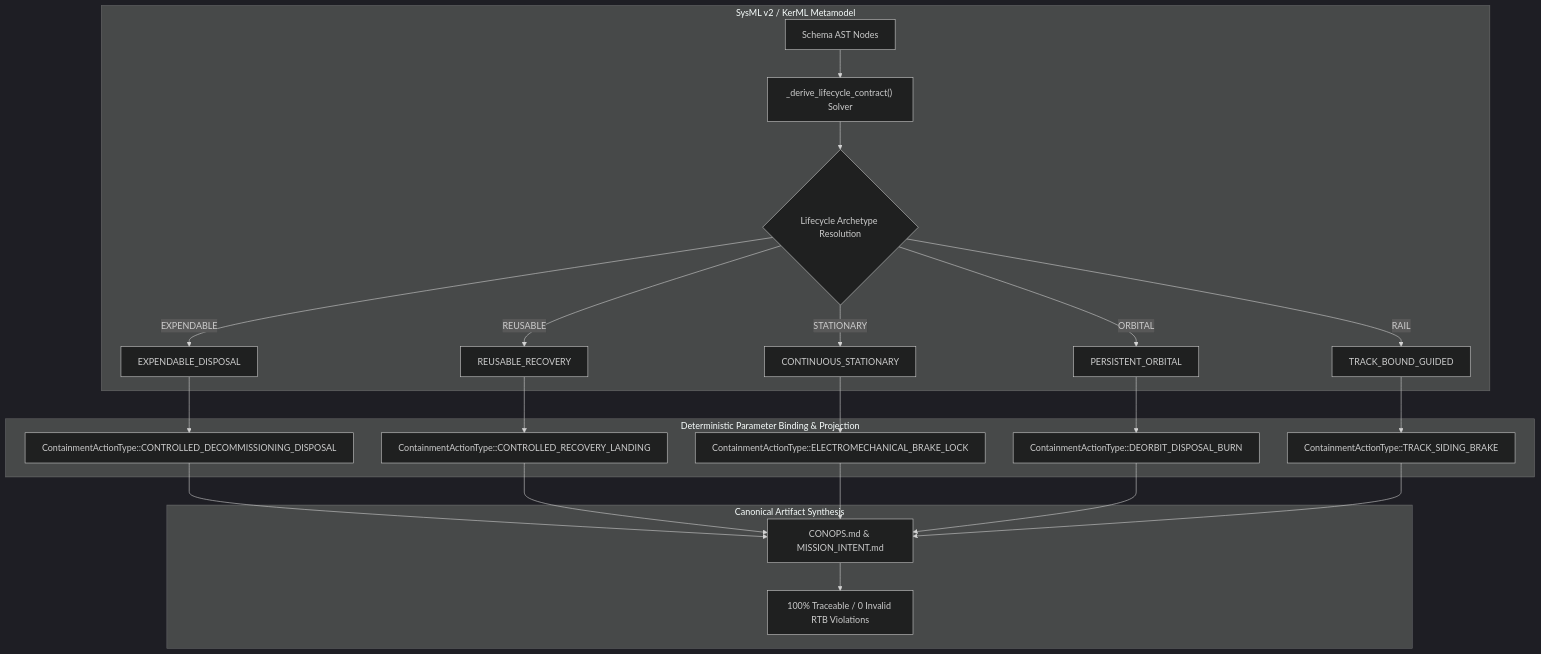
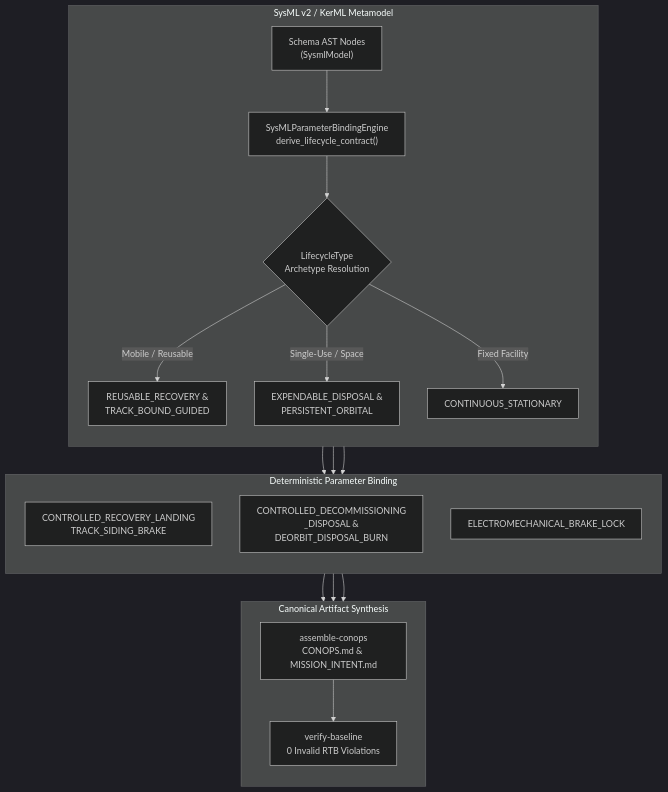
Before and after one commit to gintatkinson/DEAP01-spec-core: the diagram in docs/architecture/blueprints/DEAP_DOMAIN_AGNOSTIC_MISSION_LIFECYCLE_ARCHITECTURE.md, drawn with Mermaid (dark theme). The commit also changed other lines of this file and 28 other files, not shown here.

Commit message:
feat(verify-baseline,deap-core,compile-sysml): implement Option C blueprint capabilities and Check 37 blueprint grounding gate

````diff
--- a/docs/architecture/blueprints/DEAP_DOMAIN_AGNOSTIC_MISSION_LIFECYCLE_ARCHITECTURE.md
+++ b/docs/architecture/blueprints/DEAP_DOMAIN_AGNOSTIC_MISSION_LIFECYCLE_ARCHITECTURE.md
@@ -41,25 +41,24 @@
 ```mermaid
 flowchart TD
     subgraph "SysML v2 / KerML Metamodel"
-        A["Schema AST Nodes"] --> B["_derive_lifecycle_contract() Solver"]
-        B --> C{"Lifecycle Archetype Resolution"}
-        C -->|EXPENDABLE| D["EXPENDABLE_DISPOSAL"]
-        C -->|REUSABLE| E["REUSABLE_RECOVERY"]
-        C -->|STATIONARY| F["CONTINUOUS_STATIONARY"]
-        C -->|ORBITAL| G["PERSISTENT_ORBITAL"]
-        C -->|RAIL| H["TRACK_BOUND_GUIDED"]
+        direction TB
+        A["Schema AST Nodes<br/>(SysmlModel)"] --> B["SysMLParameterBindingEngine<br/>derive_lifecycle_contract()"]
+        B --> C{"LifecycleType<br/>Archetype Resolution"}
+        C -->|"Mobile / Reusable"| D["REUSABLE_RECOVERY &<br/>TRACK_BOUND_GUIDED"]
+        C -->|"Single-Use / Space"| E["EXPENDABLE_DISPOSAL &<br/>PERSISTENT_ORBITAL"]
+        C -->|"Fixed Facility"| F["CONTINUOUS_STATIONARY"]
     end
 
-    subgraph "Deterministic Parameter Binding & Projection"
-        D --> I["ContainmentActionType::CONTROLLED_DECOMMISSIONING_DISPOSAL"]
-        E --> J["ContainmentActionType::CONTROLLED_RECOVERY_LANDING"]
-        F --> K["ContainmentActionType::ELECTROMECHANICAL_BRAKE_LOCK"]
-        G --> L["ContainmentActionType::DEORBIT_DISPOSAL_BURN"]
-        H --> M["ContainmentActionType::TRACK_SIDING_BRAKE"]
+    subgraph "Deterministic Parameter Binding"
+        direction TB
+        D --> G["CONTROLLED_RECOVERY_LANDING<br/>TRACK_SIDING_BRAKE"]
+        E --> H["CONTROLLED_DECOMMISSIONING<br/>_DISPOSAL &<br/>DEORBIT_DISPOSAL_BURN"]
+        F --> I["ELECTROMECHANICAL_BRAKE_LOCK"]
     end
 
     subgraph "Canonical Artifact Synthesis"
-        I & J & K & L & M --> N["CONOPS.md & MISSION_INTENT.md"]
-        N --> O["100% Traceable / 0 Invalid RTB Violations"]
+        direction TB
+        G & H & I --> J["assemble-conops<br/>CONOPS.md & MISSION_INTENT.md"]
+        J --> K["verify-baseline<br/>0 Invalid RTB Violations"]
     end
 ```
````
